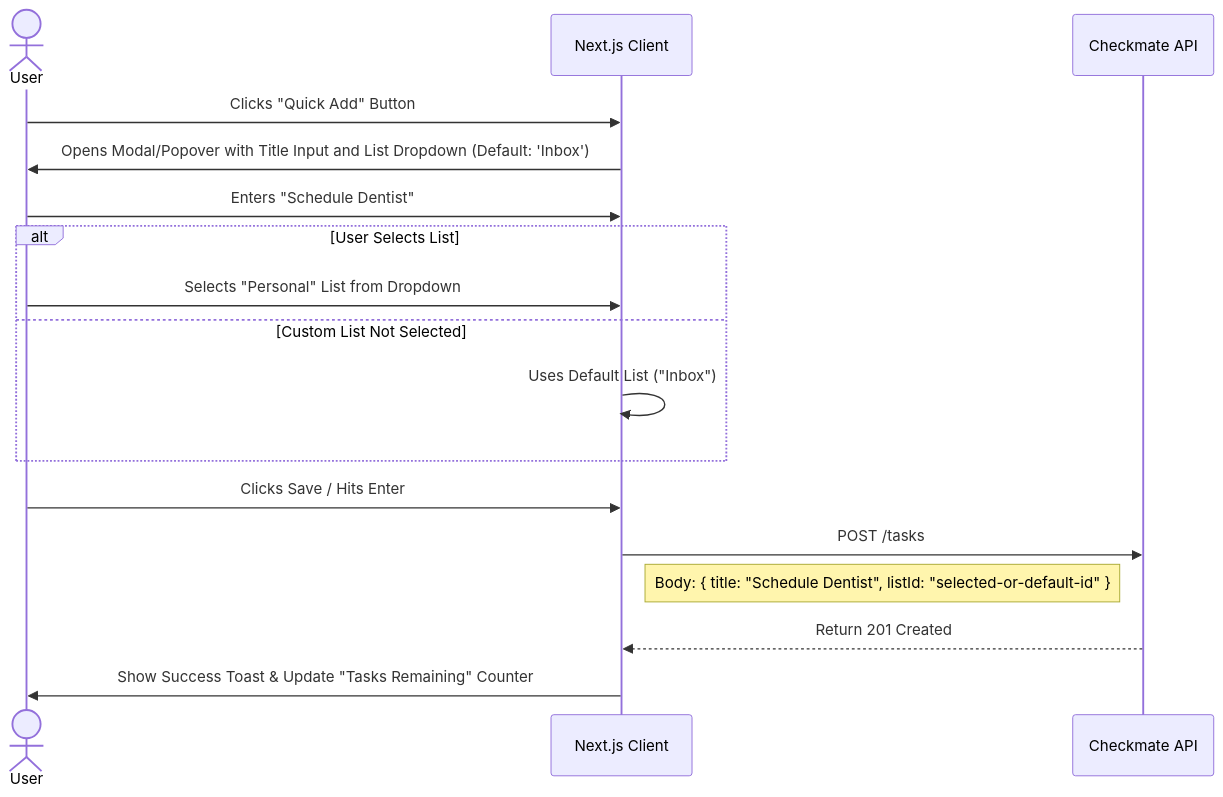
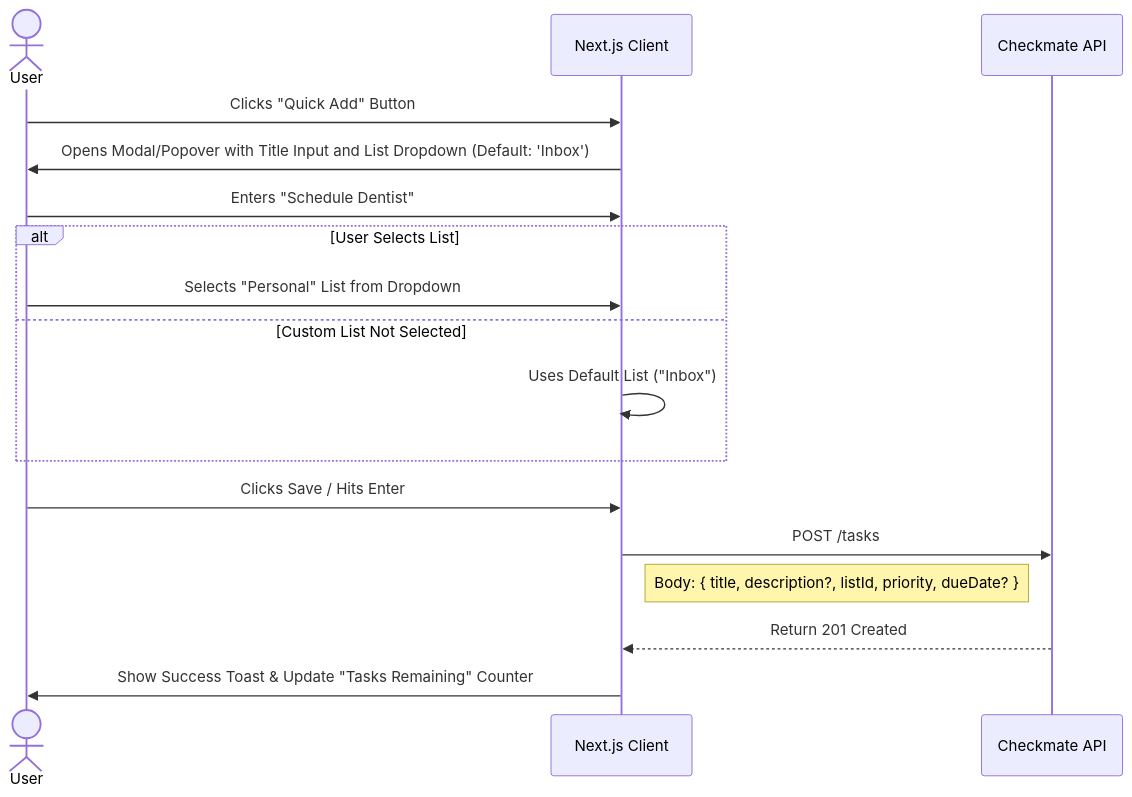
The second of 2 diagrams in dashboard-design.md (t2tse/gcr-agentic), drawn with Mermaid before and after one commit. The commit also changed other lines of this file, not shown here.

````diff
--- a/dashboard-design.md
+++ b/dashboard-design.md
@@ -89,25 +95,25 @@
 ```mermaid
 sequenceDiagram
     actor User
     participant Frontend as Next.js Client
     participant Checkmate as Checkmate API
     
     User->>Frontend: Clicks "Quick Add" Button
     Frontend->>User: Opens Modal/Popover with Title Input and List Dropdown (Default: 'Inbox')
     
     User->>Frontend: Enters "Schedule Dentist"
     
     alt User Selects List
         User->>Frontend: Selects "Personal" List from Dropdown
     else Custom List Not Selected
         Frontend->>Frontend: Uses Default List ("Inbox")
     end
 
     User->>Frontend: Clicks Save / Hits Enter
     
     Frontend->>Checkmate: POST /tasks
-    Note right of Frontend: Body: { title: "Schedule Dentist", listId: "selected-or-default-id" }
+    Note right of Frontend: Body: { title, description?, listId, priority, dueDate? }
     Checkmate-->>Frontend: Return 201 Created
     
     Frontend->>User: Show Success Toast & Update "Tasks Remaining" Counter
 ```
````
